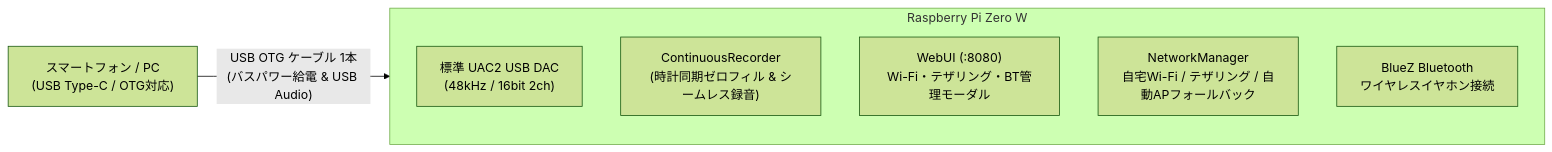
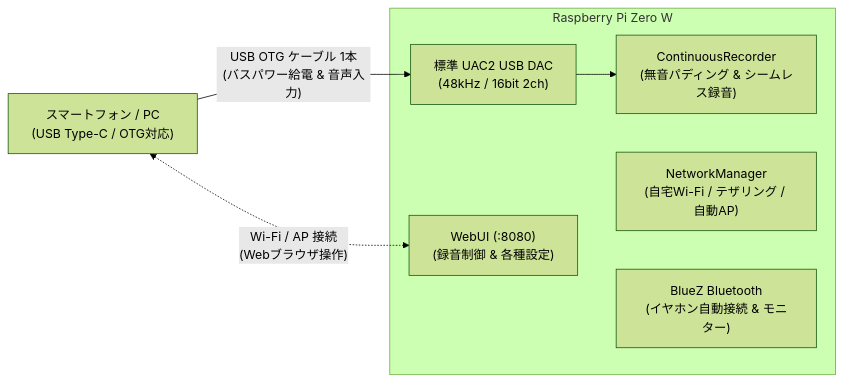
The diagram in README.md (Zaki-XL/PI-UAC2-Recorder), drawn with Mermaid (forest theme) before and after one commit.

Commit message:
Fix Mermaid diagram syntax in README.md
- サブグラフIDとノードIDの重複（RPi）を解消し、GitHub上での Mermaid レンダリングエラー（Unable to render rich display）を修正
- 音声入力とWebブラウザ操作の経路を分離し、システム構成図の可読性を向上

````diff
--- a/README.md
+++ b/README.md
@@ -5,11 +5,12 @@
 ```mermaid
 flowchart LR
-    Phone["スマートフォン / PC<br>(USB Type-C / OTG対応)"] -- "USB OTG ケーブル 1本<br>(バスパワー給電 & USB Audio)" --> RPi["Raspberry Pi Zero W"]
-    subgraph RPi["Raspberry Pi Zero W"]
-        Gadget["標準 UAC2 USB DAC<br>(48kHz / 16bit 2ch)"]
-        Engine["ContinuousRecorder<br>(時計同期ゼロフィル & シームレス録音)"]
-        WebUI["WebUI (:8080)<br>Wi-Fi・テザリング・BT管理モーダル"]
-        Net["NetworkManager<br>自宅Wi-Fi / テザリング / 自動APフォールバック"]
-        BT["BlueZ Bluetooth<br>ワイヤレスイヤホン接続"]
+    Phone["スマートフォン / PC<br>(USB Type-C / OTG対応)"] -->|"USB OTG ケーブル 1本<br>(バスパワー給電 & 音声入力)"| Gadget
+    Phone <.->|"Wi-Fi / AP 接続<br>(Webブラウザ操作)"| WebUI
+
+    subgraph Pi ["Raspberry Pi Zero W"]
+        Gadget["標準 UAC2 USB DAC<br>(48kHz / 16bit 2ch)"] --> Engine["ContinuousRecorder<br>(無音パディング & シームレス録音)"]
+        WebUI["WebUI (:8080)<br>(録音制御 & 各種設定)"]
+        Net["NetworkManager<br>(自宅Wi-Fi / テザリング / 自動AP)"]
+        BT["BlueZ Bluetooth<br>(イヤホン自動接続 & モニター)"]
     end
 ```
````
